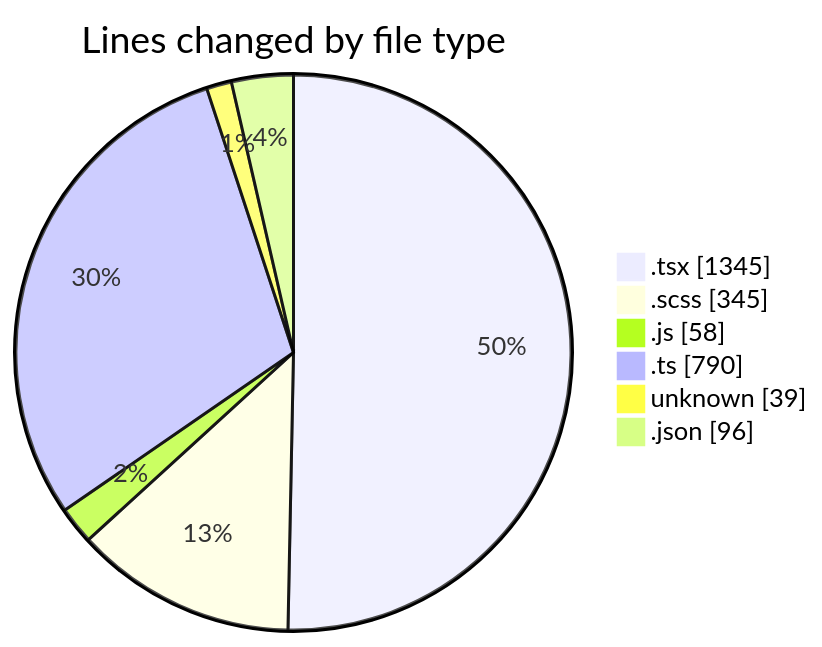
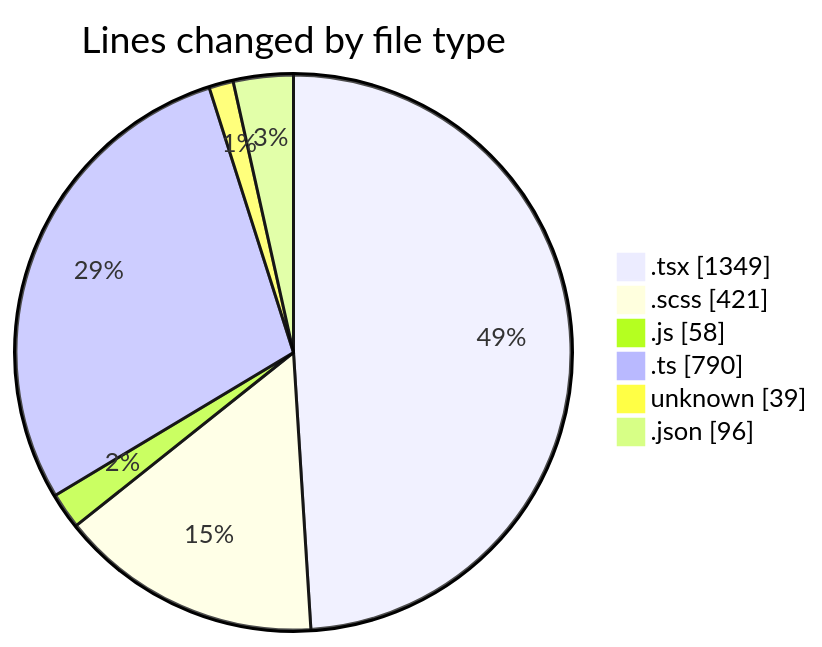
The first of 2 diagrams in 2025-05-02/cda/README.md (momahboobian/code-tracking), drawn with Mermaid before and after one commit. The commit also changed other lines of this file and 1 other file, not shown here.

````diff
--- a/2025-05-02/cda/README.md
+++ b/2025-05-02/cda/README.md
@@ -37,10 +38,10 @@
 ```mermaid
 pie showData
 title Lines changed by file type
-".tsx" : 1345
-".scss" : 345
+".tsx" : 1349
+".scss" : 421
 ".js" : 58
 ".ts" : 790
 "unknown" : 39
 ".json" : 96
 ```
````
